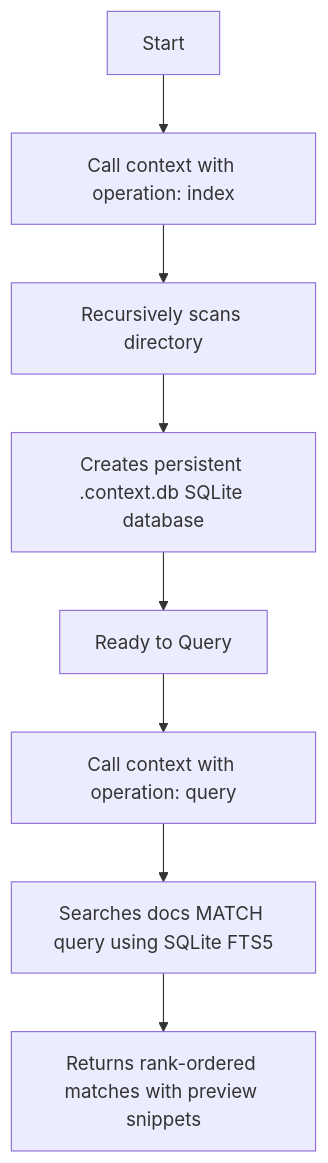
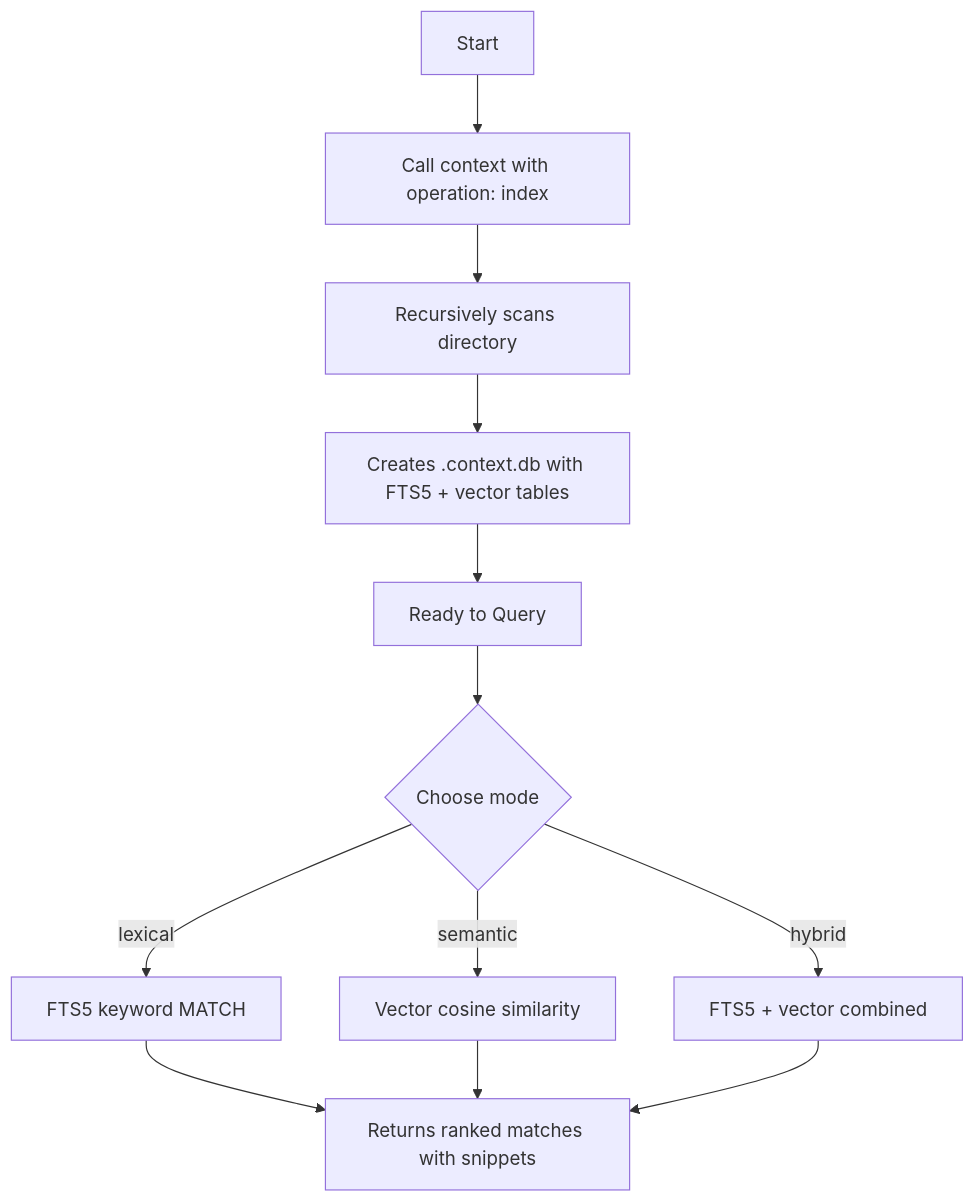
The diagram in mkdocs-docs/reference/context.md (shaifulshabuj/docuflow-mcp), drawn with Mermaid before and after one commit. The commit also changed other lines of this file and 2 other files, not shown here.

First line of the commit message:
docs: document context tool semantic/hybrid search modes

````diff
--- a/mkdocs-docs/reference/context.md
+++ b/mkdocs-docs/reference/context.md
@@ -14,10 +19,14 @@
 ```mermaid
 graph TD
     A[Start] --> B[Call context with operation: index]
     B --> C[Recursively scans directory]
-    C --> D[Creates persistent .context.db SQLite database]
+    C --> D[Creates .context.db with FTS5 + vector tables]
     D --> E[Ready to Query]
-    E --> F[Call context with operation: query]
-    F --> G[Searches docs MATCH query using SQLite FTS5]
-    G --> H[Returns rank-ordered matches with preview snippets]
+    E --> F{Choose mode}
+    F -->|lexical| G[FTS5 keyword MATCH]
+    F -->|semantic| H[Vector cosine similarity]
+    F -->|hybrid| I[FTS5 + vector combined]
+    G --> J[Returns ranked matches with snippets]
+    H --> J
+    I --> J
 ```
````
